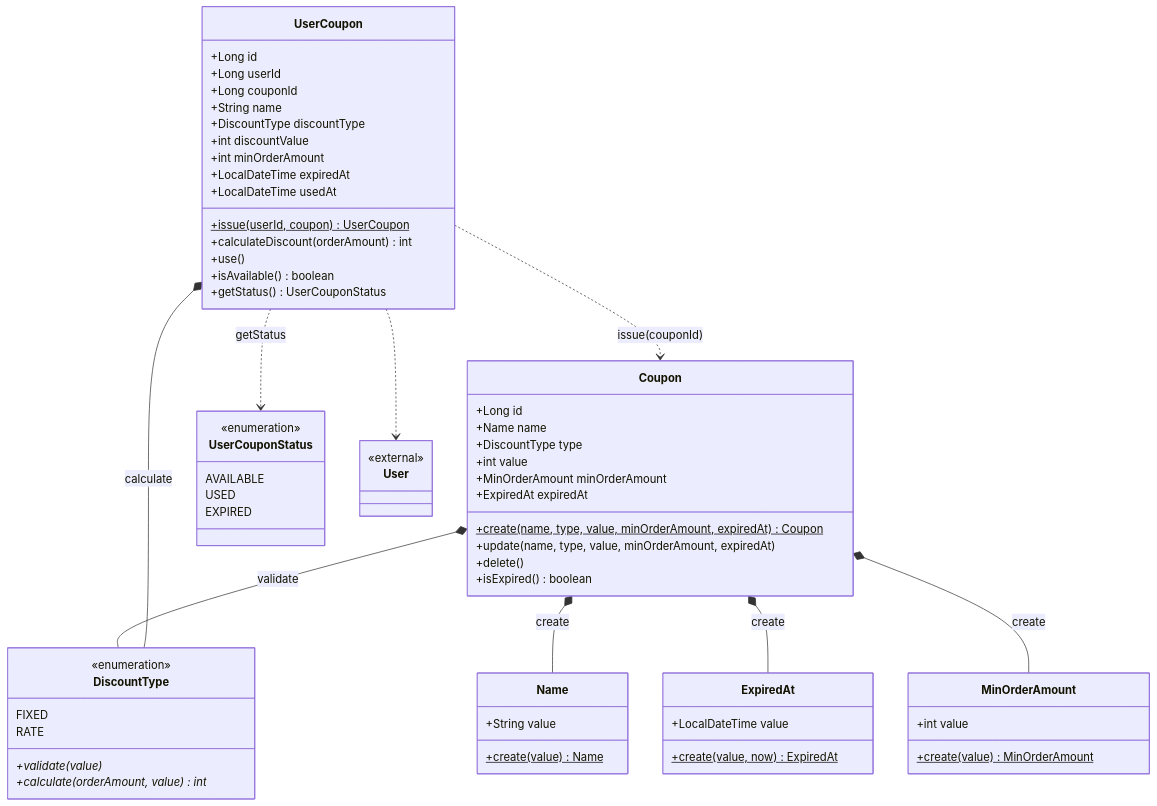
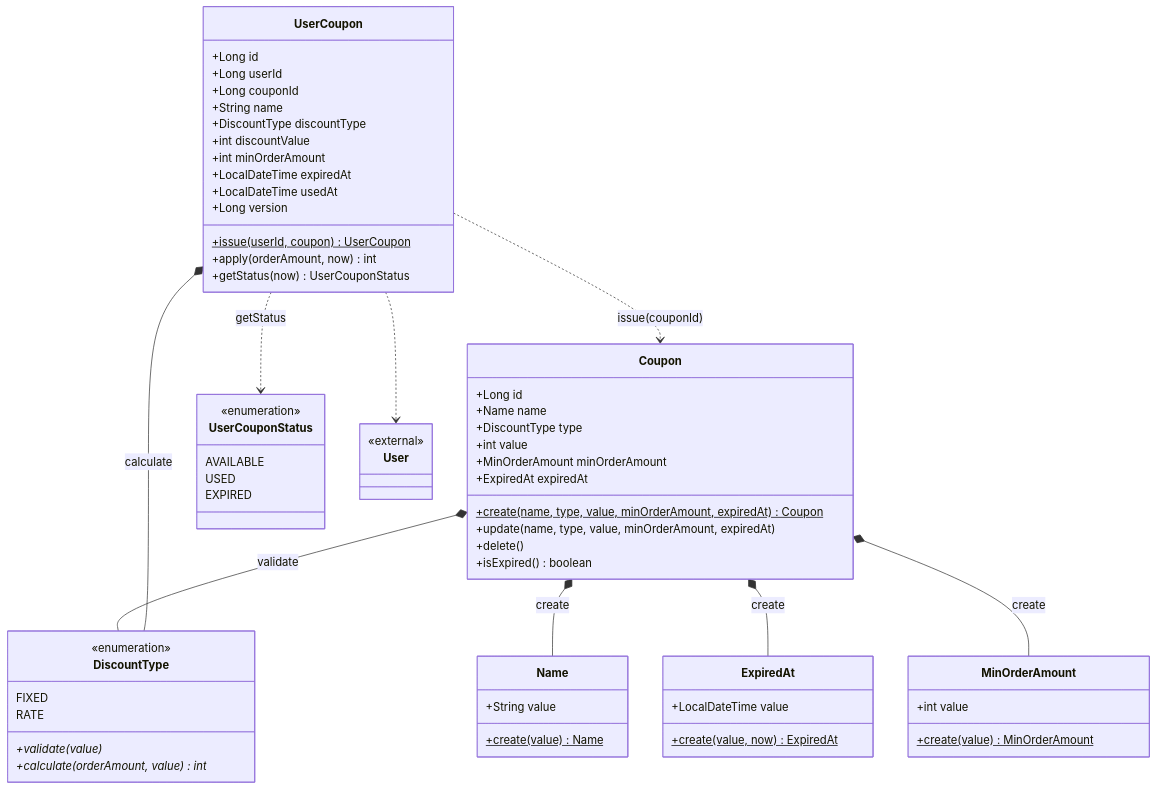
One commit to loopers-labs/loop-pack-be-l2-vol4-java changed the second of 3 diagrams in docs/volume-4/03-class-diagram.md. Above: the diagram before and after it, drawn with Mermaid. The commit also changed other lines of this file and 10 other files, not shown here.

````diff
--- a/docs/volume-4/03-class-diagram.md
+++ b/docs/volume-4/03-class-diagram.md
@@ -119,68 +119,67 @@
 ```mermaid
 classDiagram
     class Coupon {
         +Long id
         +Name name
         +DiscountType type
         +int value
         +MinOrderAmount minOrderAmount
         +ExpiredAt expiredAt
         +create(name, type, value, minOrderAmount, expiredAt)$ Coupon
         +update(name, type, value, minOrderAmount, expiredAt)
         +delete()
         +isExpired() boolean
     }
     class UserCoupon {
         +Long id
         +Long userId
         +Long couponId
         +String name
         +DiscountType discountType
         +int discountValue
         +int minOrderAmount
         +LocalDateTime expiredAt
         +LocalDateTime usedAt
+        +Long version
         +issue(userId, coupon)$ UserCoupon
-        +calculateDiscount(orderAmount) int
-        +use()
-        +isAvailable() boolean
-        +getStatus() UserCouponStatus
+        +apply(orderAmount, now) int
+        +getStatus(now) UserCouponStatus
     }
     class Name {
         +String value
         +create(value)$ Name
     }
     class ExpiredAt {
         +LocalDateTime value
         +create(value, now)$ ExpiredAt
     }
     class MinOrderAmount {
         +int value
         +create(value)$ MinOrderAmount
     }
     class DiscountType {
         <<enumeration>>
         FIXED
         RATE
         +validate(value)*
         +calculate(orderAmount, value)* int
     }
     class UserCouponStatus {
         <<enumeration>>
         AVAILABLE
         USED
         EXPIRED
     }
     class User {
         <<external>>
     }
 
     Coupon *-- Name : create
     Coupon *-- ExpiredAt : create
     Coupon *-- MinOrderAmount : create
     Coupon *-- DiscountType : validate
     UserCoupon *-- DiscountType : calculate
     UserCoupon ..> UserCouponStatus : getStatus
     UserCoupon ..> Coupon : issue(couponId)
     UserCoupon ..> User
 ```
````
